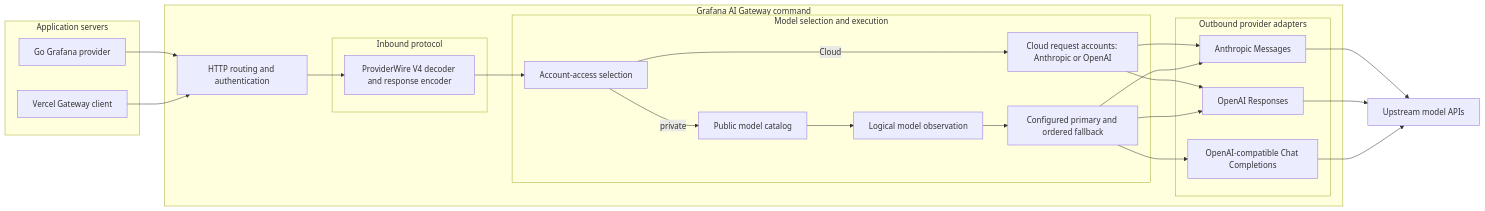
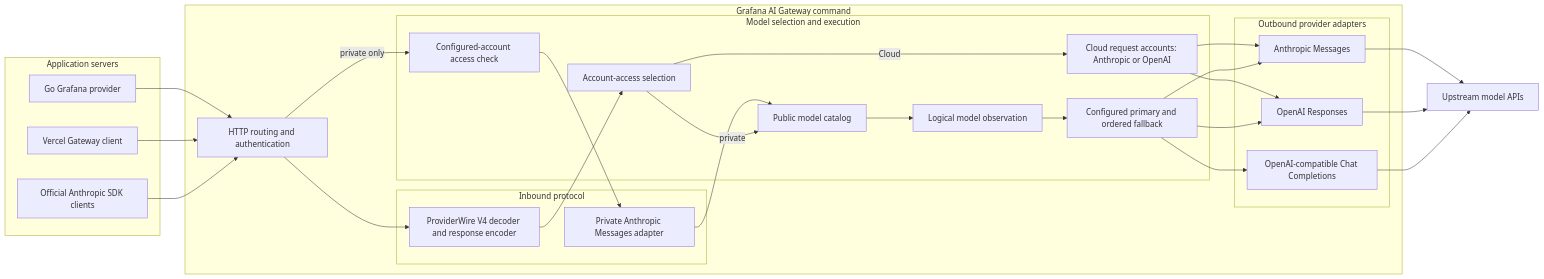
Before and after one commit to grafana/ai-sdk: the first of 3 diagrams in docs/concepts/gateway-architecture.md, drawn with Mermaid. The commit also changed other lines of this file and 26 other files, not shown here.

Commit message:
feat(ai-gateway): add inbound Anthropic Messages adapter

````diff
--- a/docs/concepts/gateway-architecture.md
+++ b/docs/concepts/gateway-architecture.md
@@ -29,37 +30,42 @@
 ```mermaid
 flowchart LR
   subgraph clients[Application servers]
     go[Go Grafana provider]
     ts[Vercel Gateway client]
+    sdk[Official Anthropic SDK clients]
   end
   subgraph gateway[Grafana AI Gateway command]
     host[HTTP routing and authentication]
     subgraph ingress[Inbound protocol]
       pw[ProviderWire V4 decoder and response encoder]
+      messages[Private Anthropic Messages adapter]
     end
     subgraph shared[Model selection and execution]
       select[Account-access selection]
+      configured[Configured-account access check]
       catalog[Public model catalog]
       byok[Cloud request accounts: Anthropic or OpenAI]
       logical[Logical model observation]
       routing[Configured primary and ordered fallback]
     end
     subgraph outbound[Outbound provider adapters]
       anthropic[Anthropic Messages]
       openai[OpenAI Responses]
       compatible[OpenAI-compatible Chat Completions]
     end
   end
   apis[Upstream model APIs]
   go --> host
   ts --> host
+  sdk --> host
+  host -->|private only| configured --> messages --> catalog
   host --> pw
   pw --> select
   select -->|private| catalog --> logical --> routing
   select -->|Cloud| byok
   byok --> anthropic
   byok --> openai
   routing --> anthropic --> apis
   routing --> openai --> apis
   routing --> compatible --> apis
 ```
````
